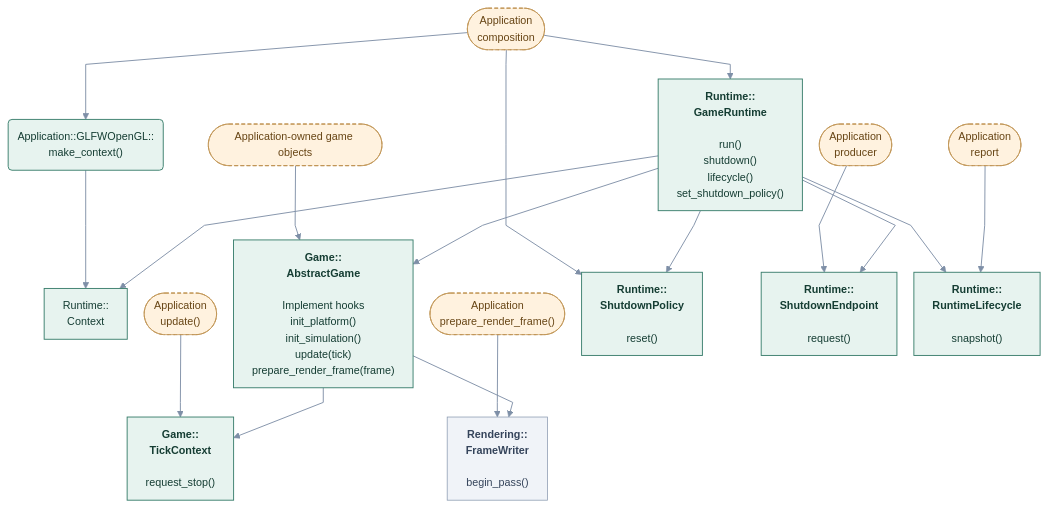
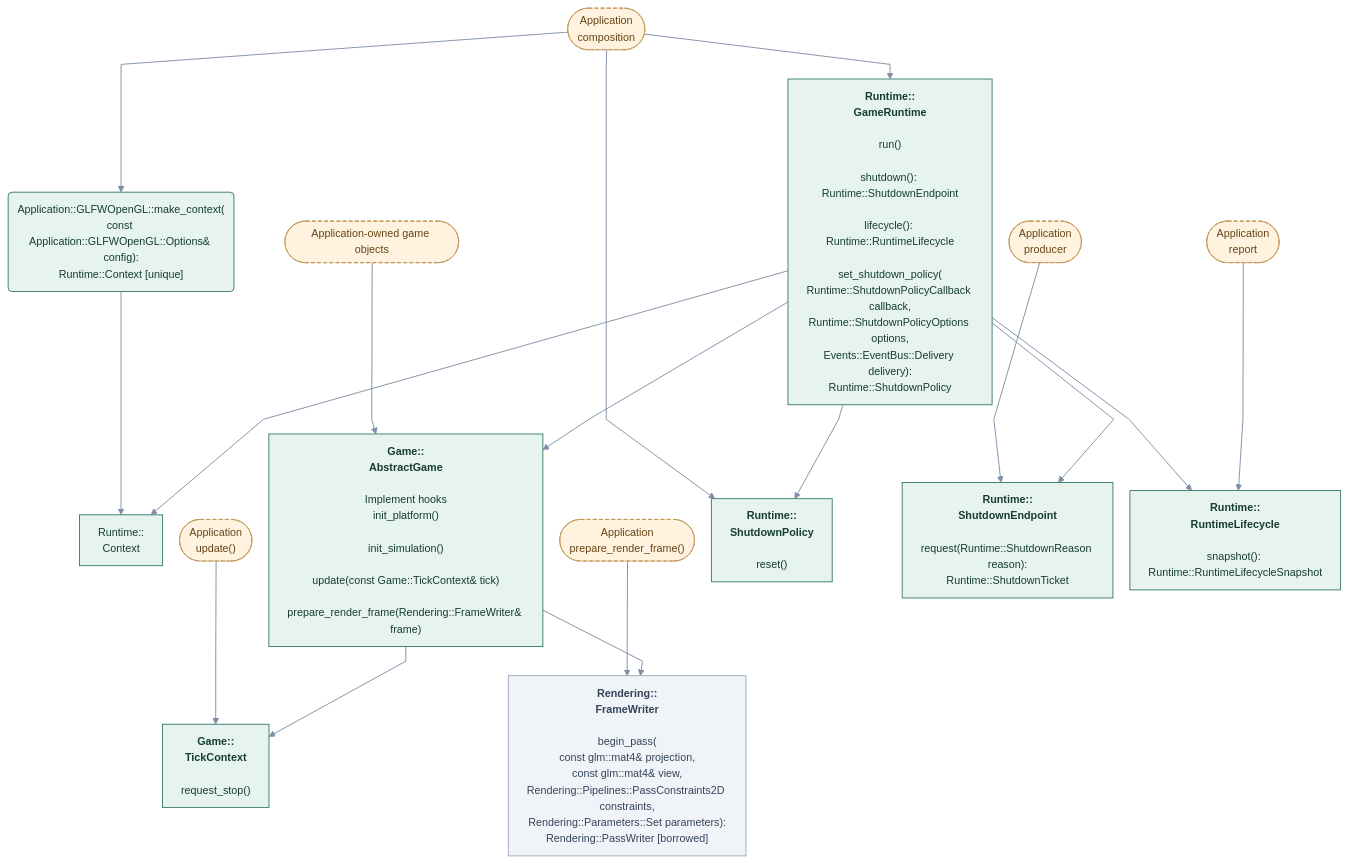
The diagram in docs/site/engine-systems/diagrams/runtime-application.mmd (cppcooper/cheryl-engine), drawn with Mermaid before and after one commit. The commit also changed 22 other files, not shown here.

First line of the commit message:
Adds argument and result types to application diagrams

```diff
--- a/docs/site/engine-systems/diagrams/runtime-application.mmd
+++ b/docs/site/engine-systems/diagrams/runtime-application.mmd
@@ -1,52 +1,52 @@
 ---
 config:
   theme: base
   themeVariables:
     fontFamily: system-ui, sans-serif
     fontSize: 14px
   flowchart:
     htmlLabels: true
     curve: linear
     nodeSpacing: 22
     rankSpacing: 38
     padding: 12
 ---
 flowchart TB
     accTitle: Runtime · application composition
     accDescr: Arrows point toward the API or type used, not call order or data flow. Methods beneath type names are selected application entry points; Implement hooks marks engine-invoked overrides. Dashed arrows mark optional choices.
     k0(["Application<br/>composition"]):::app
-    k1("Application::GLFWOpenGL::<br/>make_context()"):::focal
+    k1("Application::GLFWOpenGL::make_context(<br/>const Application::GLFWOpenGL::Options&amp; config):<br/>Runtime::Context [unique]"):::focal
     k2["Runtime::<br/>Context"]:::focal
-    k3["<b>Runtime::<br/>GameRuntime</b><br/><br/>run()<br/>shutdown()<br/>lifecycle()<br/>set_shutdown_policy()"]:::focal
+    k3["<b>Runtime::<br/>GameRuntime</b><br/><br/>run()<br/><br/>shutdown(): Runtime::ShutdownEndpoint<br/><br/>lifecycle(): Runtime::RuntimeLifecycle<br/><br/>set_shutdown_policy(<br/>Runtime::ShutdownPolicyCallback callback,<br/>Runtime::ShutdownPolicyOptions options,<br/>Events::EventBus::Delivery delivery):<br/>Runtime::ShutdownPolicy"]:::focal
     k4(["Application-owned game objects"]):::app
-    k5["<b>Game::<br/>AbstractGame</b><br/><br/>Implement hooks<br/>init_platform()<br/>init_simulation()<br/>update(tick)<br/>prepare_render_frame(frame)"]:::focal
+    k5["<b>Game::<br/>AbstractGame</b><br/><br/>Implement hooks<br/>init_platform()<br/><br/>init_simulation()<br/><br/>update(const Game::TickContext&amp; tick)<br/><br/>prepare_render_frame(Rendering::FrameWriter&amp; frame)"]:::focal
     k6(["Application<br/>update()"]):::app
     k7["<b>Game::<br/>TickContext</b><br/><br/>request_stop()"]:::focal
     k8(["Application<br/>prepare_render_frame()"]):::app
-    k9["<b>Rendering::<br/>FrameWriter</b><br/><br/>begin_pass()"]:::neighbor
+    k9["<b>Rendering::<br/>FrameWriter</b><br/><br/>begin_pass(<br/>const glm::mat4&amp; projection,<br/>const glm::mat4&amp; view,<br/>Rendering::Pipelines::PassConstraints2D constraints,<br/>Rendering::Parameters::Set parameters):<br/>Rendering::PassWriter [borrowed]"]:::neighbor
     k10["<b>Runtime::<br/>ShutdownPolicy</b><br/><br/>reset()"]:::focal
     k11(["Application<br/>producer"]):::app
-    k12["<b>Runtime::<br/>ShutdownEndpoint</b><br/><br/>request()"]:::focal
-    k13["<b>Runtime::<br/>RuntimeLifecycle</b><br/><br/>snapshot()"]:::focal
+    k12["<b>Runtime::<br/>ShutdownEndpoint</b><br/><br/>request(Runtime::ShutdownReason reason):<br/>Runtime::ShutdownTicket"]:::focal
+    k13["<b>Runtime::<br/>RuntimeLifecycle</b><br/><br/>snapshot(): Runtime::RuntimeLifecycleSnapshot"]:::focal
     k14(["Application<br/>report"]):::app
     k0 --> k1
     k1 --> k2
     k0 --> k3
     k4 --> k5
     k3 --> k5
     k3 --> k2
     k6 --> k7
     k8 --> k9
     k0 --> k10
     k11 --> k12
     k3 --> k12
     k3 --> k13
     k14 --> k13
     k3 --> k10
     k5 --> k7
     k5 --> k9
     classDef focal fill:#e7f3ef,stroke:#387d6b,color:#153d33,stroke-width:1.2px
     classDef neighbor fill:#f0f3f8,stroke:#8c9bb1,color:#35445b,stroke-width:1px
     classDef app fill:#fff2df,stroke:#c09452,color:#674515,stroke-dasharray:5 3
     classDef system fill:#eaf0fc,stroke:#617fab,color:#263f69,stroke-width:1.2px
     linkStyle default stroke:#7e8fa7,stroke-width:1.2px
```
